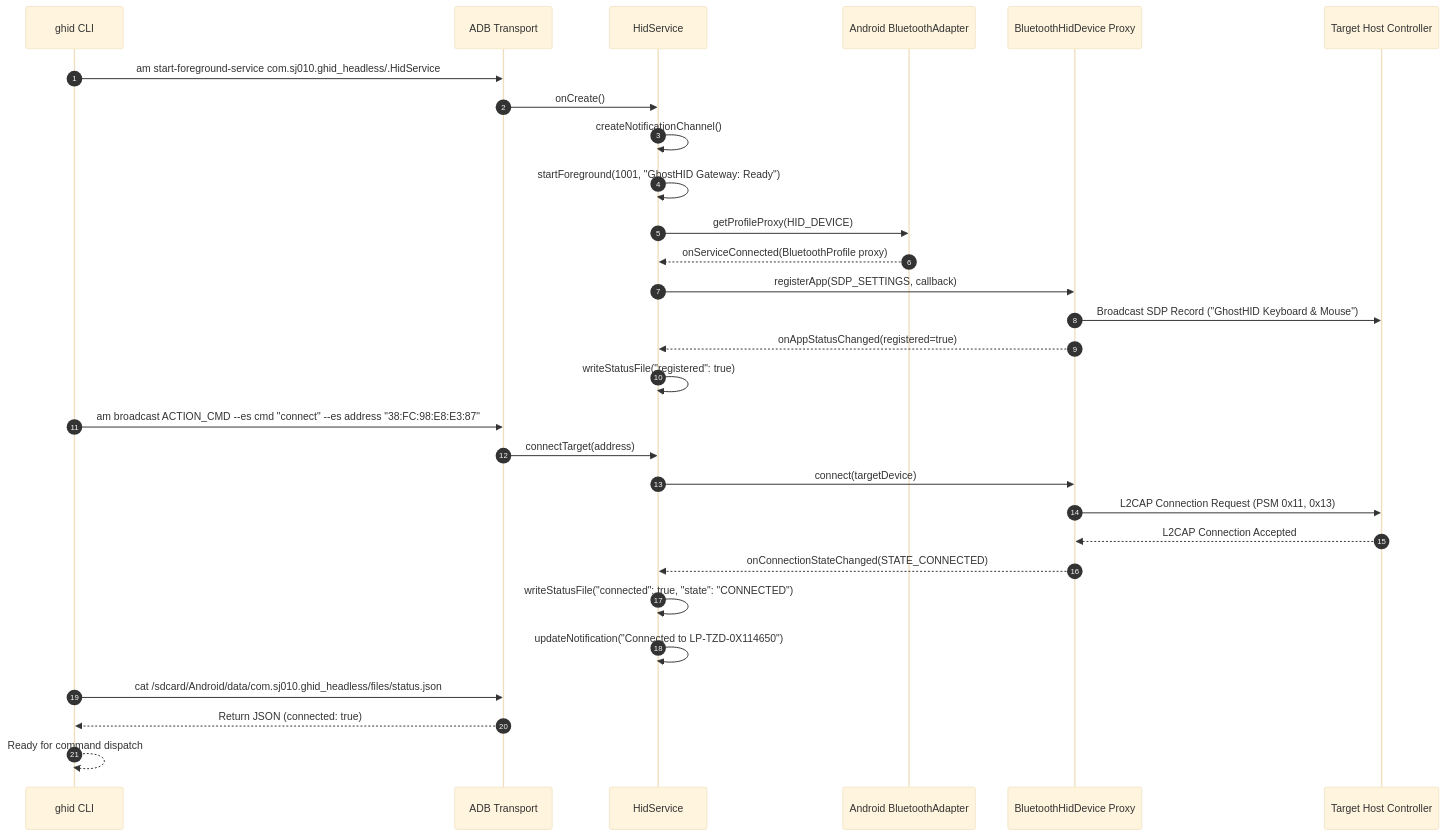
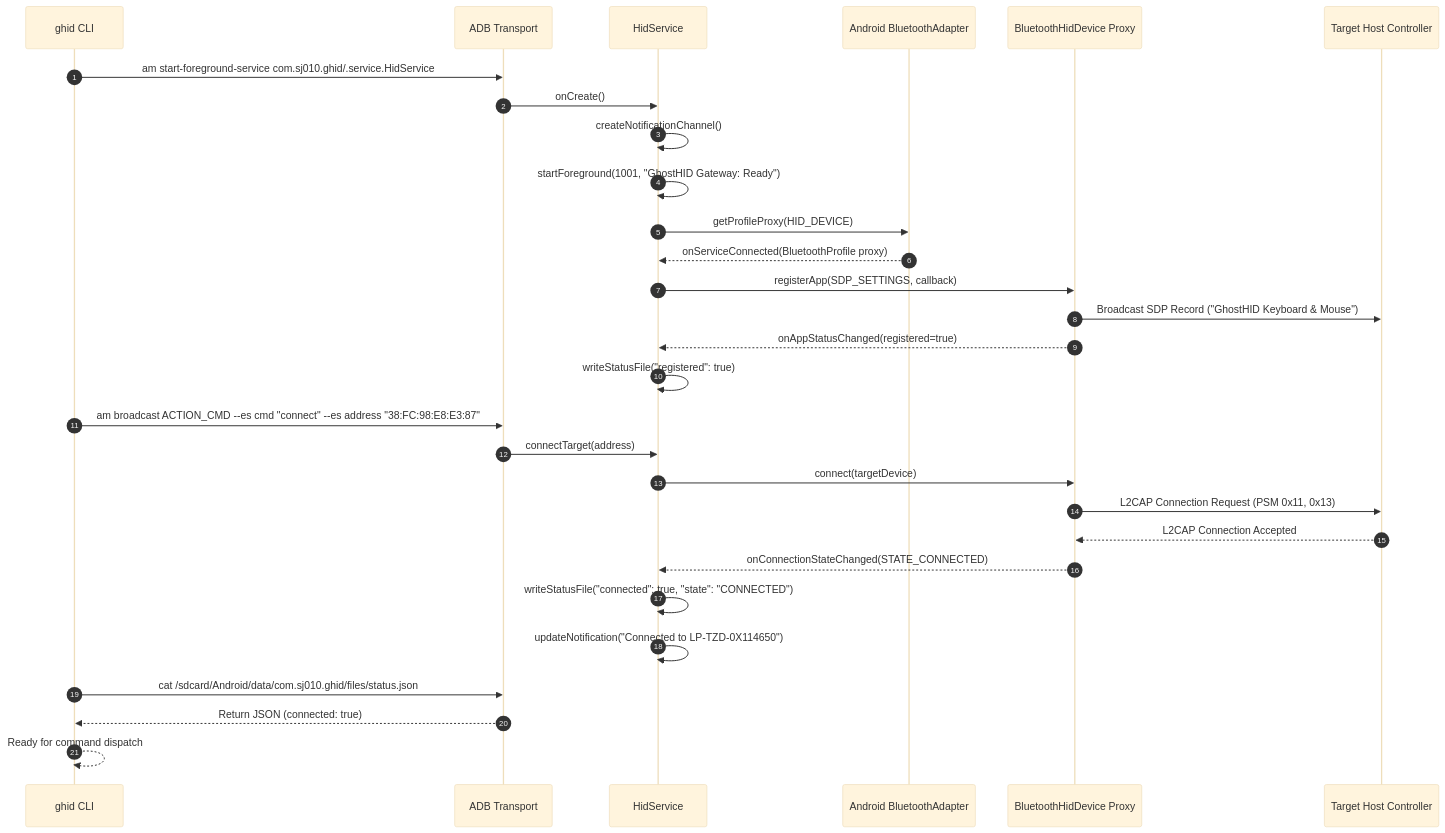
One commit to ShubhamJ010/ghid-cli changed the third of 8 diagrams in docs/flows.md. Above: the diagram before and after it, drawn with Mermaid (base theme). The commit also changed other lines of this file and 20 other files, not shown here.

First line of the commit message:
refactor: remove headless Android app, standardize on com.sj010.ghid release build

````diff
--- a/docs/flows.md
+++ b/docs/flows.md
@@ -141,35 +141,35 @@
 ```mermaid
 sequenceDiagram
     autonumber
     participant CLI as ghid CLI
     participant ADB as ADB Transport
     participant Service as HidService
     participant BTAdapter as Android BluetoothAdapter
     participant BTDaemon as BluetoothHidDevice Proxy
     participant Host as Target Host Controller
 
-    CLI->>ADB: am start-foreground-service com.sj010.ghid_headless/.HidService
+    CLI->>ADB: am start-foreground-service com.sj010.ghid/.service.HidService
     ADB->>Service: onCreate()
     Service->>Service: createNotificationChannel()
     Service->>Service: startForeground(1001, "GhostHID Gateway: Ready")
     Service->>BTAdapter: getProfileProxy(HID_DEVICE)
     BTAdapter-->>Service: onServiceConnected(BluetoothProfile proxy)
     
     Service->>BTDaemon: registerApp(SDP_SETTINGS, callback)
     BTDaemon->>Host: Broadcast SDP Record ("GhostHID Keyboard & Mouse")
     BTDaemon-->>Service: onAppStatusChanged(registered=true)
     Service->>Service: writeStatusFile("registered": true)
 
     CLI->>ADB: am broadcast ACTION_CMD --es cmd "connect" --es address "38:FC:98:E8:E3:87"
     ADB->>Service: connectTarget(address)
     Service->>BTDaemon: connect(targetDevice)
     BTDaemon->>Host: L2CAP Connection Request (PSM 0x11, 0x13)
     Host-->>BTDaemon: L2CAP Connection Accepted
     BTDaemon-->>Service: onConnectionStateChanged(STATE_CONNECTED)
     Service->>Service: writeStatusFile("connected": true, "state": "CONNECTED")
     Service->>Service: updateNotification("Connected to LP-TZD-0X114650")
     
-    CLI->>ADB: cat /sdcard/Android/data/com.sj010.ghid_headless/files/status.json
+    CLI->>ADB: cat /sdcard/Android/data/com.sj010.ghid/files/status.json
     ADB-->>CLI: Return JSON (connected: true)
     CLI-->>CLI: Ready for command dispatch
 ```
````
